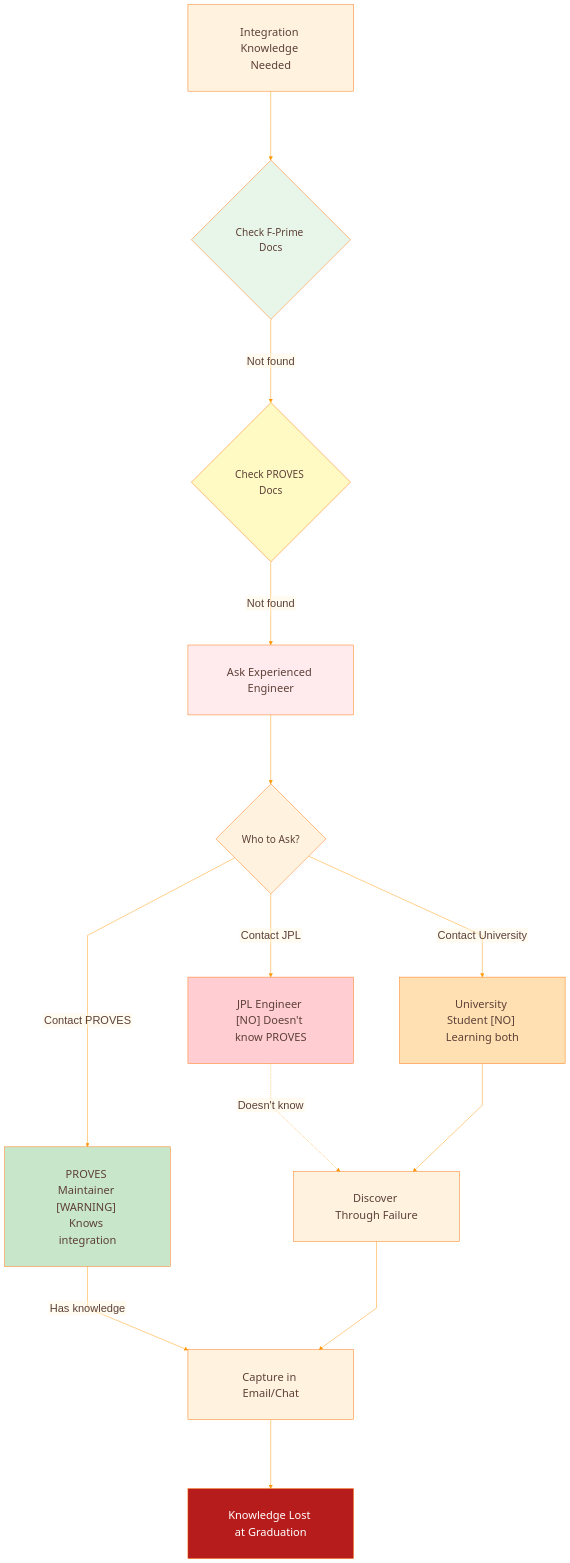
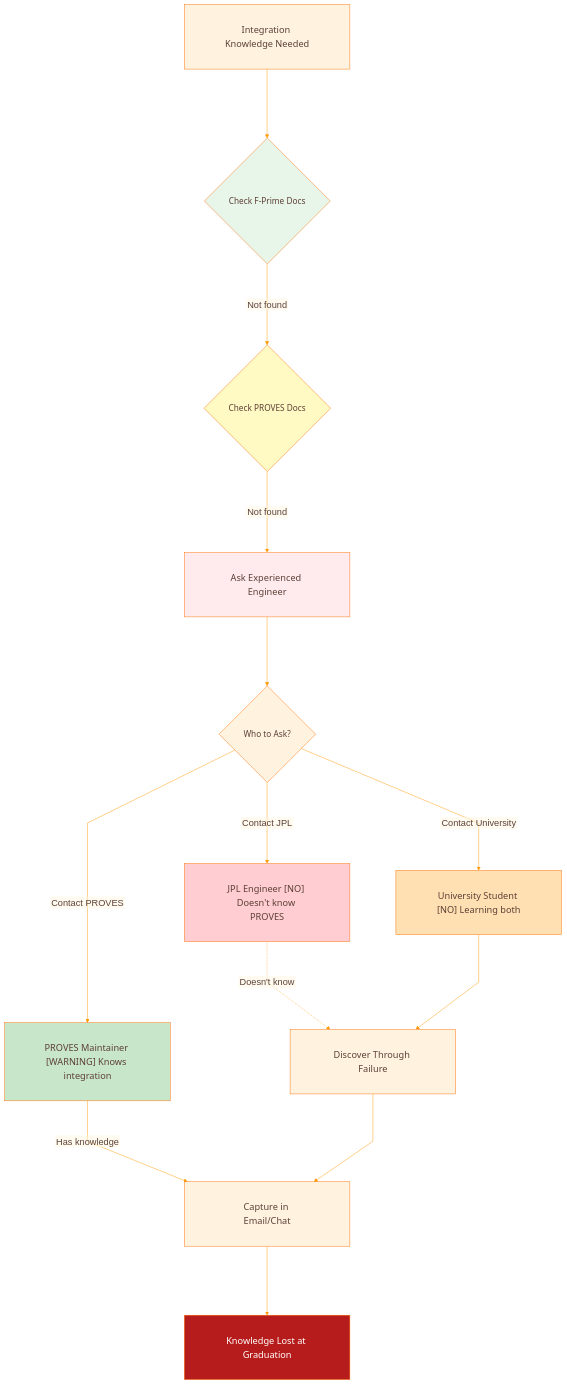
The third of 9 diagrams in docs/diagrams/team-boundaries.md (phantom-man/PROVES_LIBRARY), drawn with Mermaid before and after one commit. The commit also changed other lines of this file, not shown here.

Commit message:
Add extra spacer nodes to PROVES Library Solution diagram for heading clearance

````diff
--- a/docs/diagrams/team-boundaries.md
+++ b/docs/diagrams/team-boundaries.md
@@ -547,7 +547,7 @@
 ---
 config:
   theme: base
-  fontSize: 24
+  fontSize: 20
   themeVariables:
     primaryColor: '#FFF3E0'
     secondaryColor: '#F3E5F5'
@@ -562,7 +562,7 @@
     textColor: '#5D4037'
     lineColor: '#FF9800'
     fontFamily: '"Segoe UI", Tahoma, Geneva, Verdana, sans-serif'
-    fontSize: '24px'
+    fontSize: '20px'
     nodeBorder: '#FF6F00'
     mainBkg: '#FFF3E0'
     clusterBkg: '#F3E5F5'
@@ -618,7 +618,7 @@
     attributeBackgroundColorOdd: '#FFF8E1'
     attributeBackgroundColorEven: '#FFF3E0'
   gantt:
-    fontSize: 24
+    fontSize: 20
     barHeight: 24
     barGap: 6
     topPadding: 50
@@ -686,7 +686,7 @@
     chartWidth: 500
     chartHeight: 500
     titlePadding: 10
-    titlefontSize: 24
+    titleFontSize: 20
     quadrantPadding: 5
     quadrantTextTopPadding: 5
     quadrantLabelFontSize: 16
@@ -765,7 +765,7 @@
     style UNI_ENG fill:#ffe0b2
     style LOST fill:#b71c1c,color:#fff
     %% Font sizing classes for consistency
-    classDef default font-size:24px,font-family:Segoe UI,Tahoma,Geneva,Verdana,sans-serif;
-    classDef diamond font-size:22px,font-family:Segoe UI,Tahoma,Geneva,Verdana,sans-serif;
+    classDef default font-size:20px,font-family:Segoe UI,Tahoma,Geneva,Verdana,sans-serif;
+    classDef diamond font-size:18px,font-family:Segoe UI,Tahoma,Geneva,Verdana,sans-serif;
     classDef spacer fill:none,stroke:none,color:transparent,width:1px,height:1px;
 ```
````
